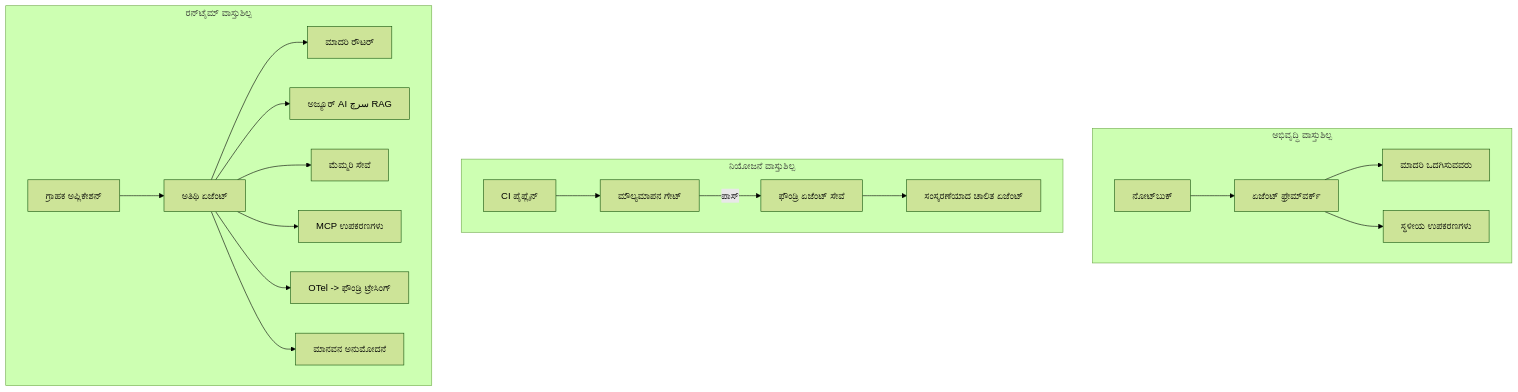
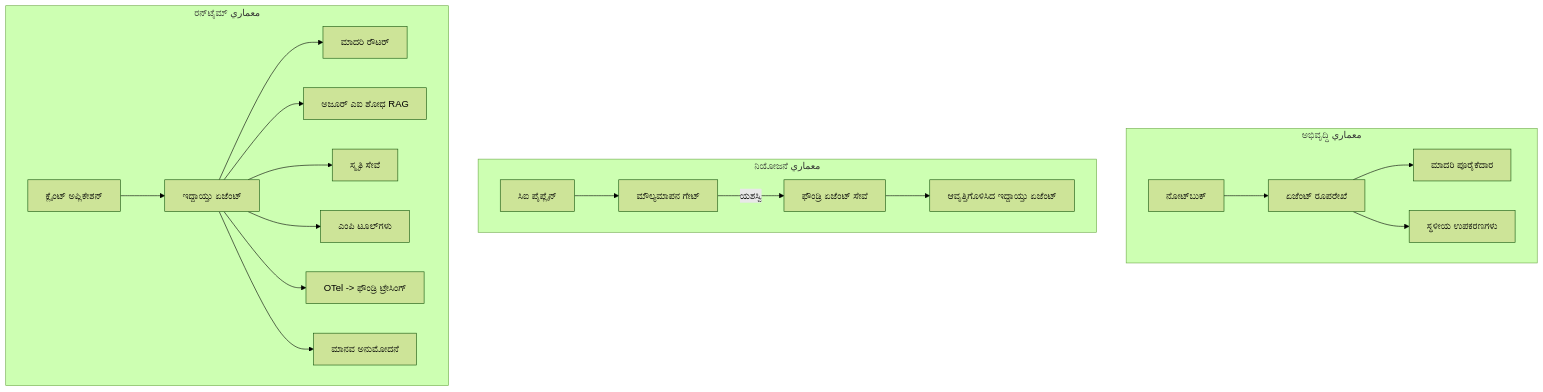
Before and after one commit to microsoft/ai-agents-for-beginners: the fourth of 4 diagrams in translations/kn/16-deploying-scalable-agents/README.md, drawn with Mermaid (forest theme). The commit also changed other lines of this file and 43 other files, not shown here.

````diff
--- a/translations/kn/16-deploying-scalable-agents/README.md
+++ b/translations/kn/16-deploying-scalable-agents/README.md
@@ -185,22 +185,22 @@
 ```mermaid
 flowchart TB
-    subgraph Dev[ಅಭಿವೃದ್ಧಿ ವಾಸ್ತುಶಿಲ್ಪ]
-        D1[ನೋಟ್‌ಬುಕ್] --> D2[ಏಜೆಂಟ್ ಫ್ರೇಮ್‌ವರ್ಕ್]
-        D2 --> D3[ಮಾದರಿ ಒದಗಿಸುವವರು]
+    subgraph Dev[ಅಭಿವೃದ್ಧಿ معماري]
+        D1[ನೋಟ್‌ಬುಕ್] --> D2[ಏಜೆಂಟ್ ರೂಪರೇಖೆ]
+        D2 --> D3[ಮಾದರಿ ಪೂರೈಕೆದಾರ]
         D2 --> D4[ಸ್ಥಳೀಯ ಉಪಕರಣಗಳು]
     end
-    subgraph Deploy[ನಿಯೋಜನೆ ವಾಸ್ತುಶಿಲ್ಪ]
-        E1[CI ಪೈಪ್ಲೈನ್] --> E2[ಮೌಲ್ಯಮಾಪನ ಗೇಟ್]
-        E2 -->|ಪಾಸ್| E3[ಫೌಂಡ್ರಿ ಏಜೆಂಟ್ ಸೇವೆ]
-        E3 --> E4[ಸಂಸ್ಕರಣೆಯಾದ ಚಾಲಿತ ಏಜೆಂಟ್]
+    subgraph Deploy[ನಿಯೋಜನೆ معماري]
+        E1[ಸಿಐ ಪೈಪ್ಲೈನ್] --> E2[ಮೌಲ್ಯಮಾಪನ ಗೇಟ್]
+        E2 -->|ಯಶಸ್ವಿ| E3[ಫೌಂಡ್ರಿ ಏಜೆಂಟ್ ಸೇವೆ]
+        E3 --> E4[ಆವೃತ್ತಿಗೊಳಿಸಿದ ಇದ್ದ‍ಾಯ್ತು ಏಜೆಂಟ್]
     end
-    subgraph Run[ರನ್‌ಟೈಮ್ ವಾಸ್ತುಶಿಲ್ಪ]
-        F1[ಗ್ರಾಹಕ ಅಪ್ಲಿಕೇಶನ್] --> F2[ಅತಿಥಿ ಏಜೆಂಟ್]
+    subgraph Run[ರನ್‌ಟೈಮ್ معماري]
+        F1[ಕ್ಲೈಂಟ್ ಅಪ್ಲಿಕೇಶನ್] --> F2[ಇದ್ದ‍ಾಯ್ತು ಏಜೆಂಟ್]
         F2 --> F3[ಮಾದರಿ ರೌಟರ್]
-        F2 --> F4[ಅಜ್ಯೂರ್ AI سرچ RAG]
-        F2 --> F5[ಮೆಮ್ಮರಿ ಸೇವೆ]
-        F2 --> F6[MCP ಉಪಕರಣಗಳು]
+        F2 --> F4[ಅಜೂರ್ ಎಐ ಶೋಧ RAG]
+        F2 --> F5[ಸ್ಮೃತಿ ಸೇವೆ]
+        F2 --> F6[ಎಂಪಿ ಟೂಲ್‌ಗಳು]
         F2 --> F7[OTel -> ಫೌಂಡ್ರಿ ಟ್ರೇಸಿಂಗ್]
-        F2 --> F8[ಮಾನವನ ಅನುಮೋದನೆ]
+        F2 --> F8[ಮಾನವ ಅನುಮೋದನೆ]
     end
 ```
````
